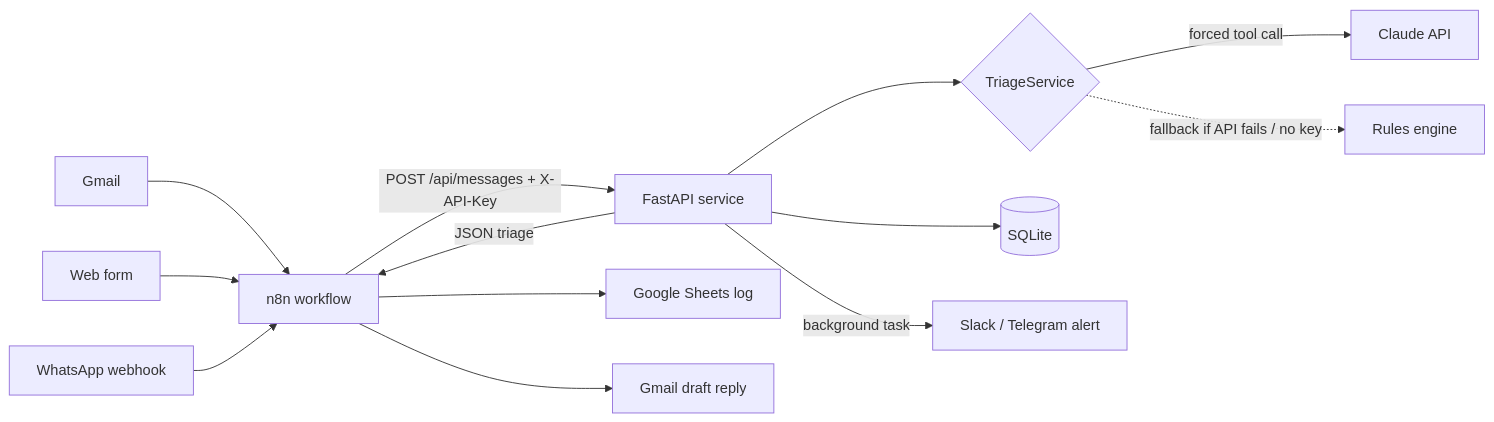
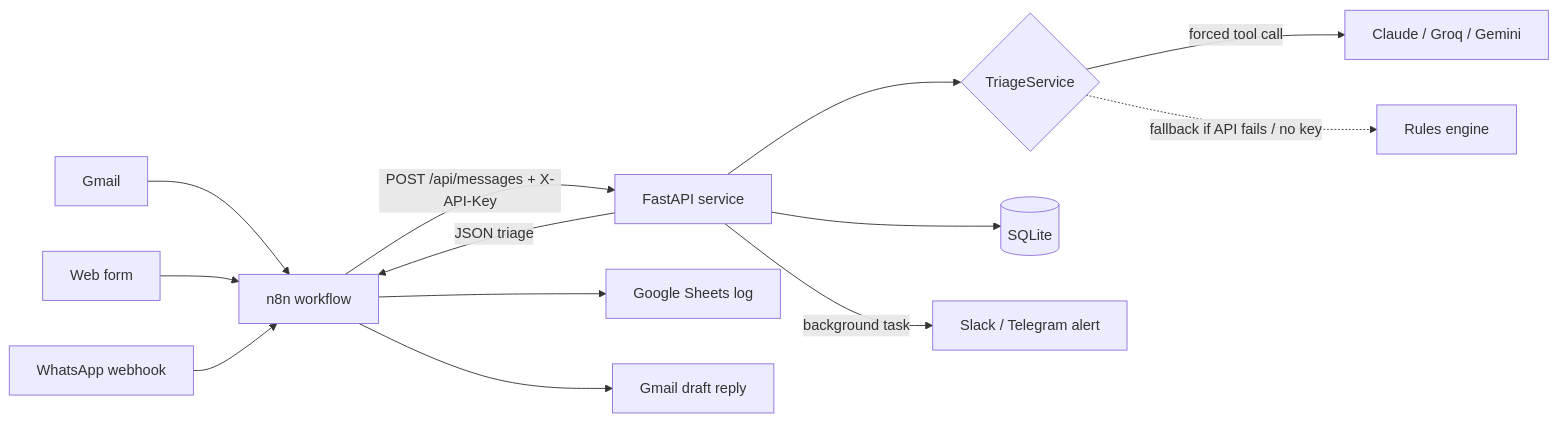
Before and after one commit to MartinezYT/inbox-to-action: the diagram in README.md, drawn with Mermaid. The commit also changed other lines of this file and 8 other files, not shown here.

First line of the commit message:
Add free Groq and Gemini engines alongside Claude

````diff
--- a/README.md
+++ b/README.md
@@ -36,15 +36,15 @@
 ```mermaid
 flowchart LR
     A[Gmail] --> N[n8n workflow]
     B[Web form] --> N
     C[WhatsApp webhook] --> N
     N -->|POST /api/messages + X-API-Key| API[FastAPI service]
     API --> T{TriageService}
-    T -->|forced tool call| CL[Claude API]
+    T -->|forced tool call| CL[Claude / Groq / Gemini]
     T -.->|fallback if API fails / no key| R[Rules engine]
     API --> DB[(SQLite)]
     API -->|background task| S[Slack / Telegram alert]
     API -->|JSON triage| N
     N --> GS[Google Sheets log]
     N --> GD[Gmail draft reply]
 ```
````
